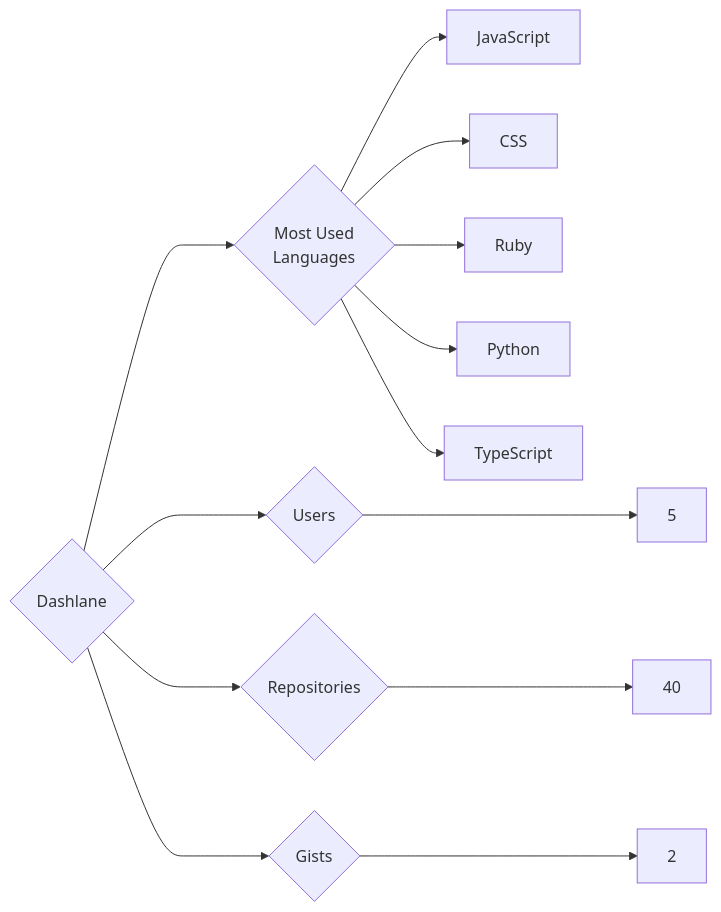
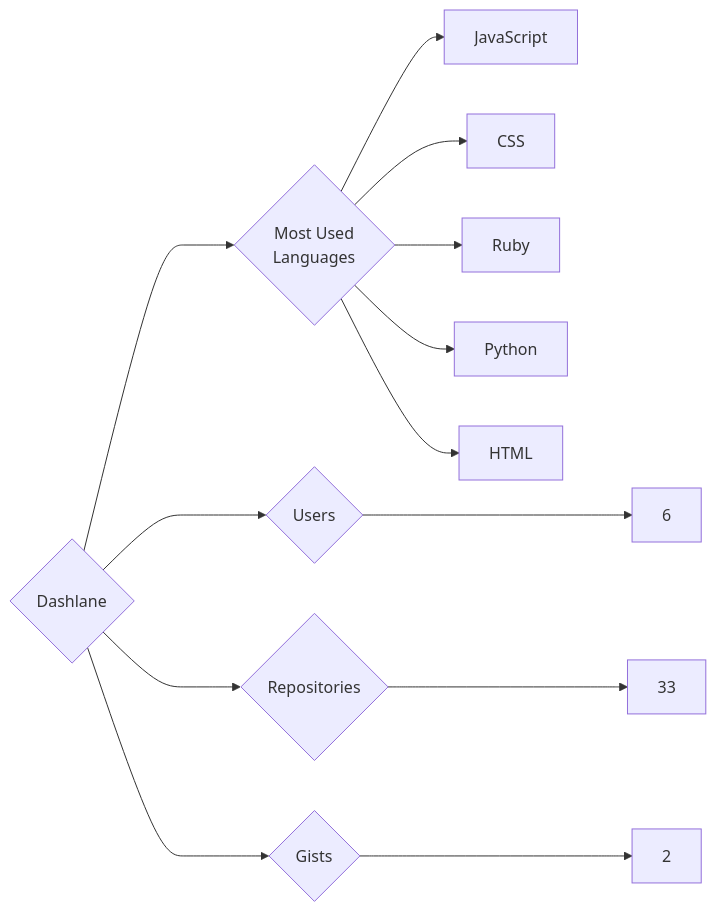
One commit to trickest/insiders changed the diagram in targets/Dashlane/README.md. Above: the diagram before and after it, drawn with Mermaid. The commit also changed 985 other files, not shown here.

````diff
--- a/targets/Dashlane/README.md
+++ b/targets/Dashlane/README.md
@@ -3,13 +3,13 @@
 ```mermaid
 graph LR
 COMPANY_NAME{Dashlane}
-COMPANY_NAME ---> U{Users} ---> UN[5]
-COMPANY_NAME ---> R{Repositories} ---> RN[40]
+COMPANY_NAME ---> U{Users} ---> UN[6]
+COMPANY_NAME ---> R{Repositories} ---> RN[33]
 COMPANY_NAME ---> G{Gists} ---> GN[2]
 COMPANY_NAME ---> ML{Most Used<br>Languages}
 ML --> JavaScript[JavaScript]
 ML --> CSS[CSS]
 ML --> Ruby[Ruby]
 ML --> Python[Python]
-ML --> TypeScript[TypeScript]
+ML --> HTML[HTML]
 ```
````
